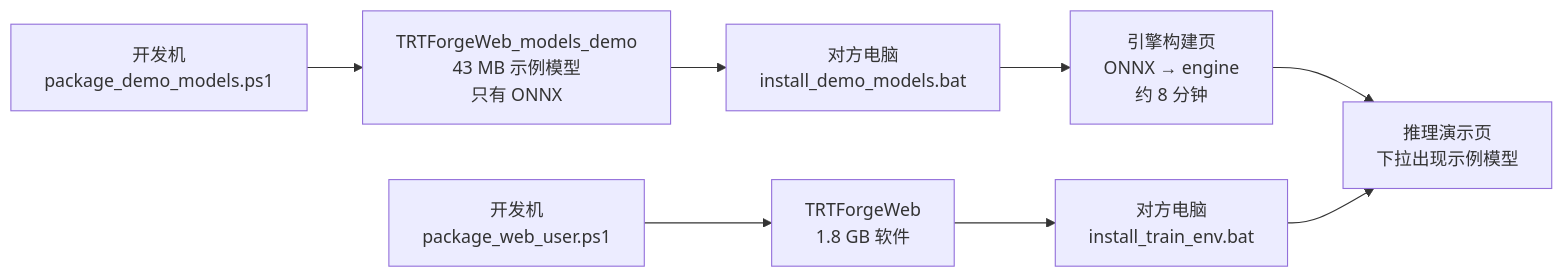
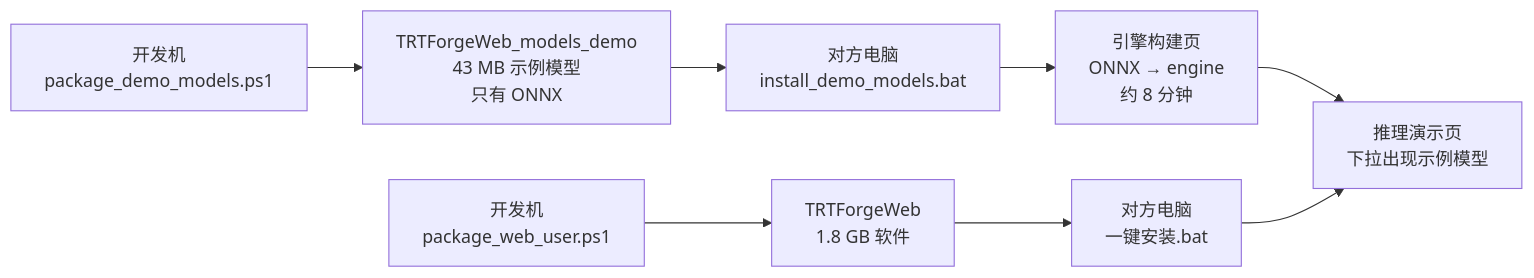
One commit to jusitfy0913/dp-tool changed diagram 12 of 12 in docs/TRTForge_Web操作手册.md. Above: the diagram before and after it, drawn with Mermaid. The commit also changed other lines of this file and 186 other files, not shown here.

````diff
--- a/docs/TRTForge_Web操作手册.md
+++ b/docs/TRTForge_Web操作手册.md
@@ -903,10 +965,10 @@
 ```mermaid
 flowchart LR
     A[开发机<br/>package_web_user.ps1] --> B[TRTForgeWeb<br/>1.8 GB 软件]
     C[开发机<br/>package_demo_models.ps1] --> D[TRTForgeWeb_models_demo<br/>43 MB 示例模型<br/>只有 ONNX]
-    B --> E[对方电脑<br/>install_train_env.bat]
+    B --> E[对方电脑<br/>一键安装.bat]
     D --> F[对方电脑<br/>install_demo_models.bat]
     F --> G[引擎构建页<br/>ONNX → engine<br/>约 8 分钟]
     G --> H[推理演示页<br/>下拉出现示例模型]
     E --> H
 ```
````
